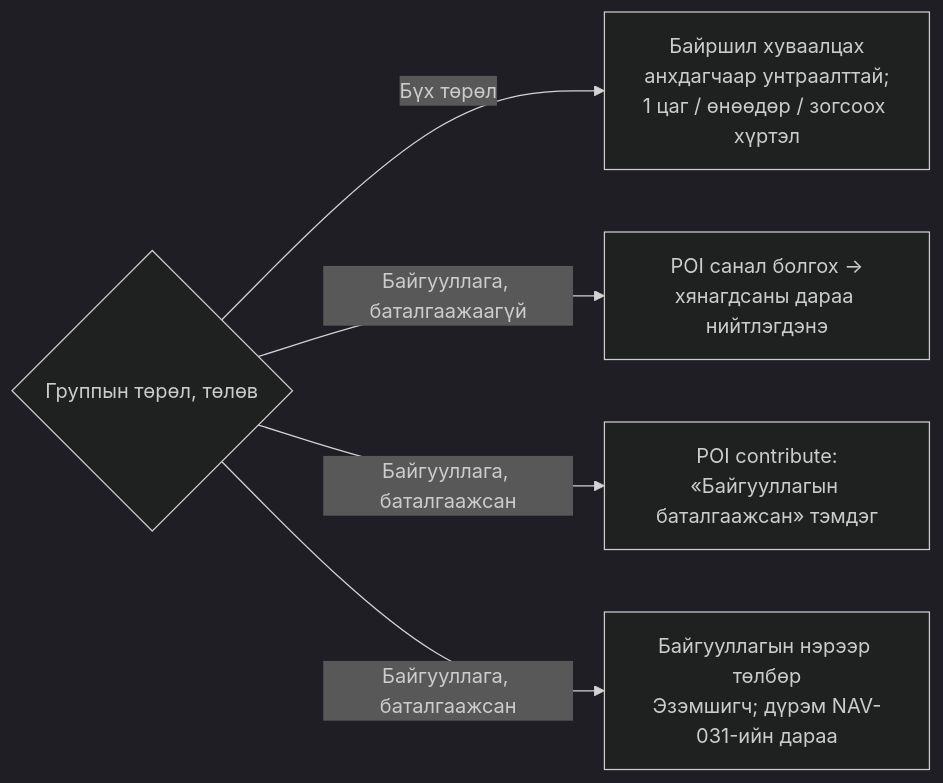
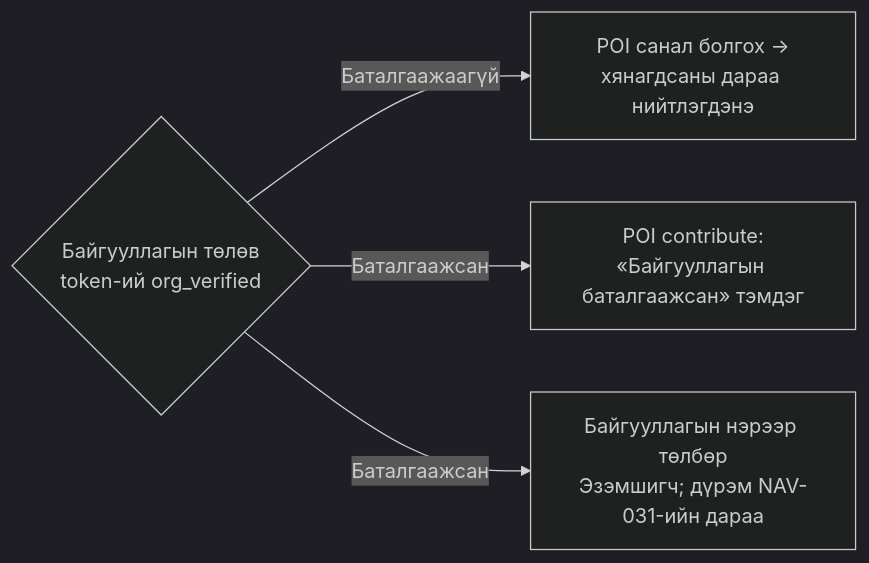
Diagram 15 of 19 in docs/requirements/process-map-group-org-mn.md (zayaennnn-arch/ID-Group), drawn with Mermaid (dark theme) before and after one commit. The commit also changed other lines of this file and 3 other files, not shown here.

````diff
--- a/docs/requirements/process-map-group-org-mn.md
+++ b/docs/requirements/process-map-group-org-mn.md
@@ -380,7 +505,6 @@
 ```mermaid
 flowchart LR
-    G{"Группын төрөл, төлөв"} -- "Бүх төрөл" --> LOC["Байршил хуваалцах<br/>анхдагчаар унтраалттай;<br/>1 цаг / өнөөдөр / зогсоох хүртэл"]
-    G -- "Байгууллага, баталгаажаагүй" --> POI1["POI санал болгох →<br/>хянагдсаны дараа нийтлэгдэнэ"]
-    G -- "Байгууллага, баталгаажсан" --> POI2["POI contribute:<br/>«Байгууллагын баталгаажсан» тэмдэг"]
-    G -- "Байгууллага, баталгаажсан" --> PAY["Байгууллагын нэрээр төлбөр<br/>Эзэмшигч; дүрэм NAV-031-ийн дараа"]
+    G{"Байгууллагын төлөв<br/>token-ий org_verified"} -- "Баталгаажаагүй" --> POI1["POI санал болгох →<br/>хянагдсаны дараа нийтлэгдэнэ"]
+    G -- "Баталгаажсан" --> POI2["POI contribute:<br/>«Байгууллагын баталгаажсан» тэмдэг"]
+    G -- "Баталгаажсан" --> PAY["Байгууллагын нэрээр төлбөр<br/>Эзэмшигч; дүрэм NAV-031-ийн дараа"]
 ```
````
